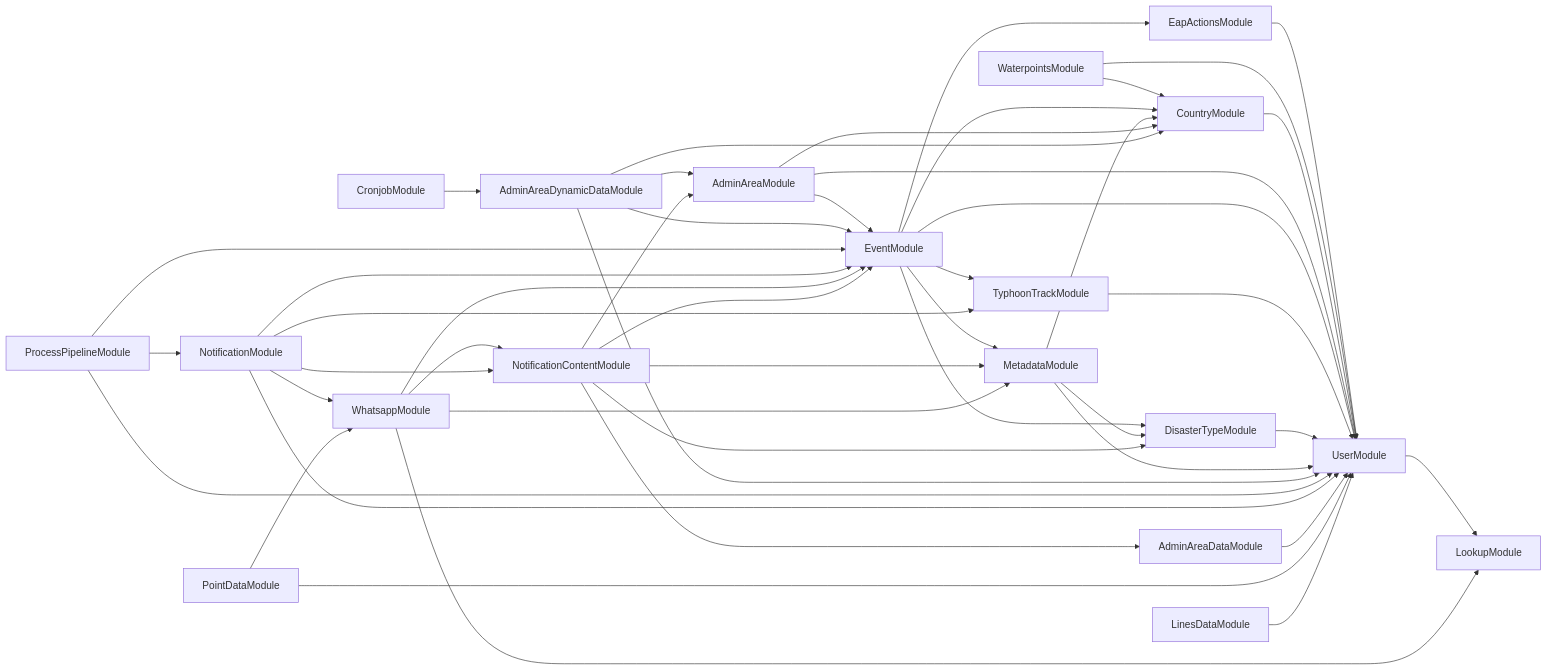
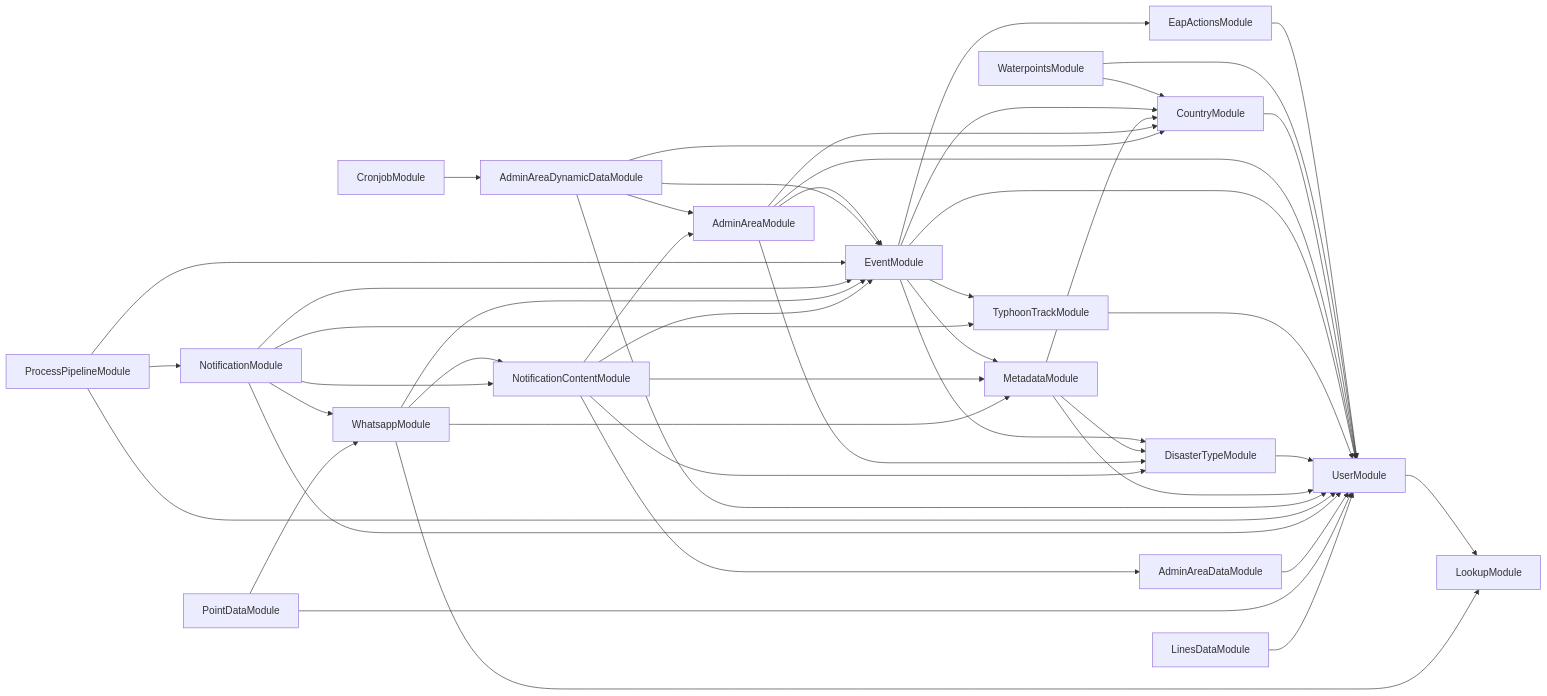
Before and after one commit to rodekruis/IBF-system: the diagram in services/API-service/module-dependencies.md, drawn with Mermaid. The commit also changed 8 other files, not shown here.

````diff
--- a/services/API-service/module-dependencies.md
+++ b/services/API-service/module-dependencies.md
@@ -3,48 +3,49 @@
 ```mermaid
 graph LR
   EapActionsModule-->UserModule
   UserModule-->LookupModule
   WaterpointsModule-->UserModule
   WaterpointsModule-->CountryModule
   CountryModule-->UserModule
   AdminAreaModule-->UserModule
   AdminAreaModule-->EventModule
   EventModule-->UserModule
   EventModule-->CountryModule
   EventModule-->EapActionsModule
   EventModule-->TyphoonTrackModule
   TyphoonTrackModule-->UserModule
   EventModule-->DisasterTypeModule
   DisasterTypeModule-->UserModule
   EventModule-->MetadataModule
   MetadataModule-->UserModule
   MetadataModule-->CountryModule
   MetadataModule-->DisasterTypeModule
   AdminAreaModule-->CountryModule
+  AdminAreaModule-->DisasterTypeModule
   AdminAreaDynamicDataModule-->UserModule
   AdminAreaDynamicDataModule-->EventModule
   AdminAreaDynamicDataModule-->CountryModule
   AdminAreaDynamicDataModule-->AdminAreaModule
   ProcessPipelineModule-->UserModule
   ProcessPipelineModule-->EventModule
   ProcessPipelineModule-->NotificationModule
   NotificationModule-->UserModule
   NotificationModule-->EventModule
   NotificationModule-->WhatsappModule
   WhatsappModule-->LookupModule
   WhatsappModule-->EventModule
   WhatsappModule-->NotificationContentModule
   NotificationContentModule-->EventModule
   NotificationContentModule-->AdminAreaDataModule
   AdminAreaDataModule-->UserModule
   NotificationContentModule-->AdminAreaModule
   NotificationContentModule-->DisasterTypeModule
   NotificationContentModule-->MetadataModule
   WhatsappModule-->MetadataModule
   NotificationModule-->NotificationContentModule
   NotificationModule-->TyphoonTrackModule
   PointDataModule-->UserModule
   PointDataModule-->WhatsappModule
   LinesDataModule-->UserModule
   CronjobModule-->AdminAreaDynamicDataModule
 ```
````
